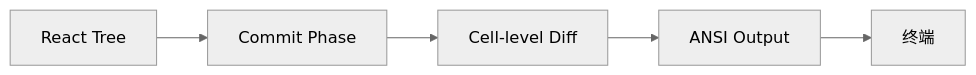
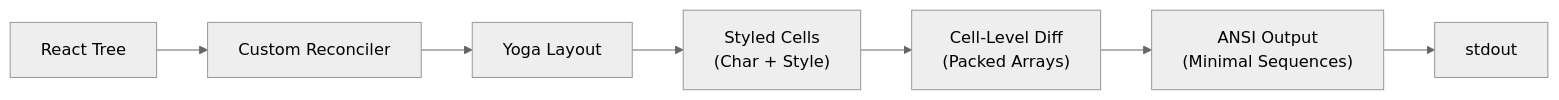
One commit to llwanghong/claude-code-universe changed the diagram in book-zh/ch13-terminal-ui.md. Above: the diagram before and after it, drawn with Mermaid (neutral theme). The commit also changed other lines of this file and 5 other files, not shown here.

````diff
--- a/book-zh/ch13-terminal-ui.md
+++ b/book-zh/ch13-terminal-ui.md
@@ -21,7 +17,9 @@
 ```mermaid
 flowchart LR
-    React["React Tree"] --> Commit["Commit Phase"]
-    Commit --> Diff["Cell-level Diff"]
-    Diff --> Output["ANSI Output"]
-    Output --> Terminal["终端"]
+    React["React Tree"] --> Reconciler["Custom Reconciler"]
+    Reconciler --> Yoga["Yoga Layout"]
+    Yoga --> Styled["Styled Cells<br/>(Char + Style)"]
+    Styled --> Diff["Cell-Level Diff<br/>(Packed Arrays)"]
+    Diff --> ANSI["ANSI Output<br/>(Minimal Sequences)"]
+    ANSI --> Stdout["stdout"]
 ```
````
